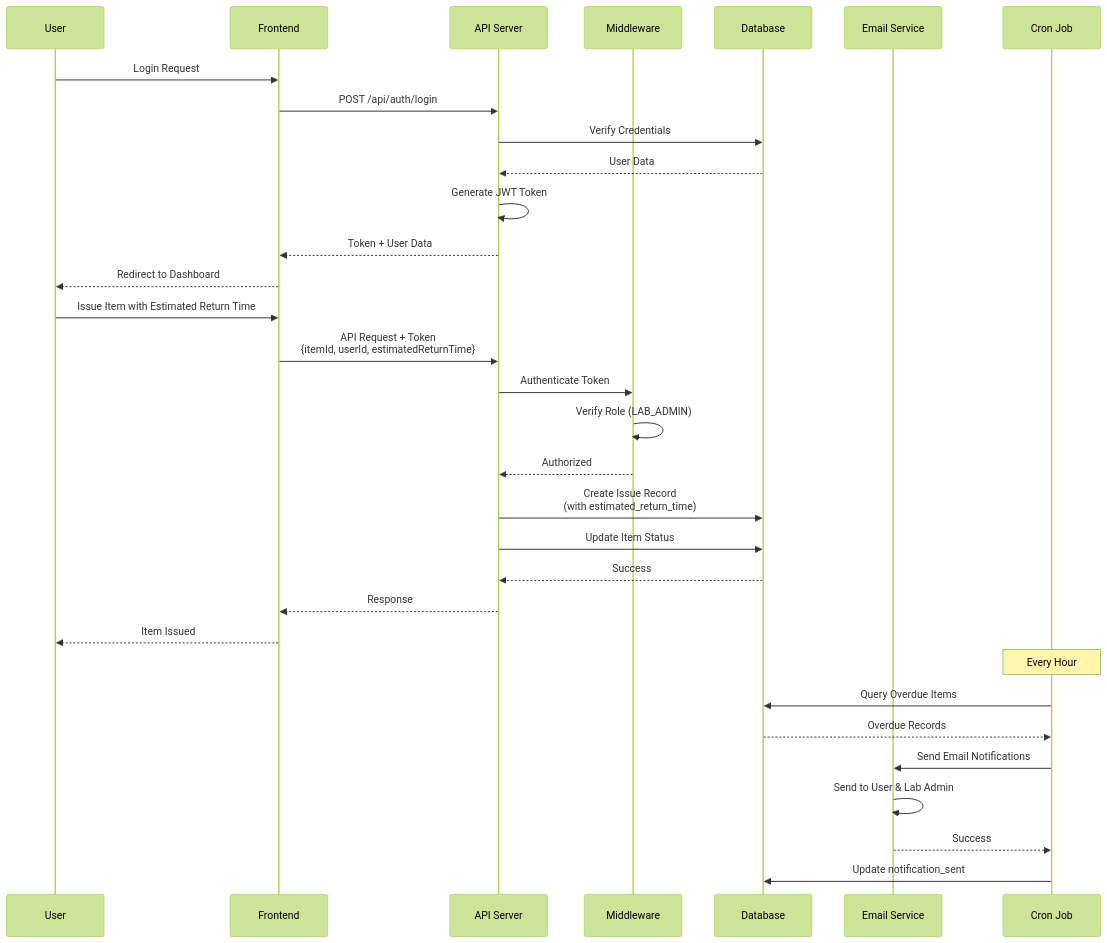
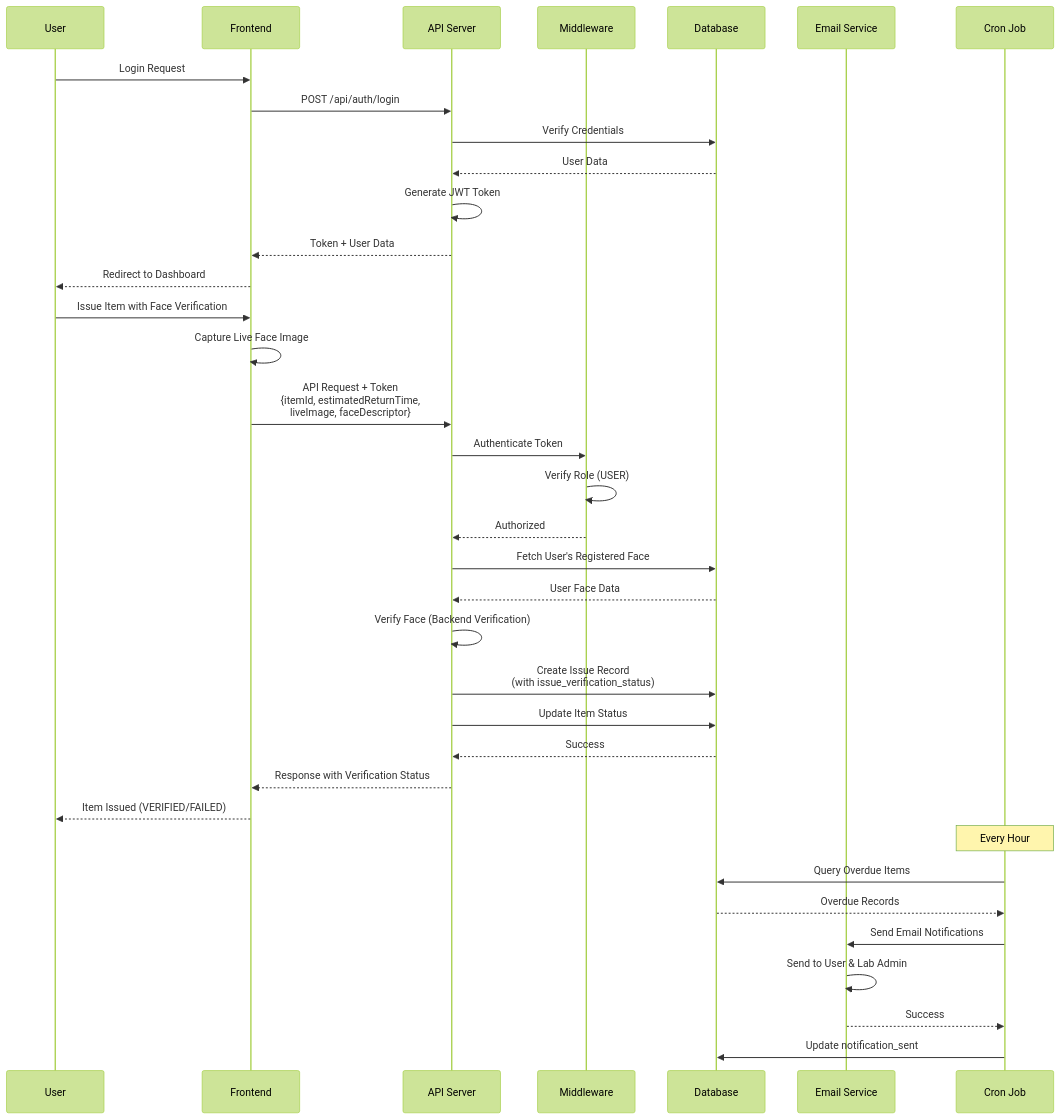
One commit to bejoy-jbt/Laboratory-Items-Issue-Management-System- changed diagram 13 of 18 in docs/DIAGRAMS.md. Above: the diagram before and after it, drawn with Mermaid (forest theme). The commit also changed other lines of this file and 65 other files, not shown here.

````diff
--- a/docs/DIAGRAMS.md
+++ b/docs/DIAGRAMS.md
@@ -571,37 +703,41 @@
 ```mermaid
 sequenceDiagram
     participant U as User
     participant F as Frontend
     participant A as API Server
     participant M as Middleware
     participant D as Database
     participant E as Email Service
     participant C as Cron Job
     
     U->>F: Login Request
     F->>A: POST /api/auth/login
     A->>D: Verify Credentials
     D-->>A: User Data
     A->>A: Generate JWT Token
     A-->>F: Token + User Data
     F-->>U: Redirect to Dashboard
     
-    U->>F: Issue Item with Estimated Return Time
-    F->>A: API Request + Token<br/>{itemId, userId, estimatedReturnTime}
+    U->>F: Issue Item with Face Verification
+    F->>F: Capture Live Face Image
+    F->>A: API Request + Token<br/>{itemId, estimatedReturnTime,<br/>liveImage, faceDescriptor}
     A->>M: Authenticate Token
-    M->>M: Verify Role (LAB_ADMIN)
+    M->>M: Verify Role (USER)
     M-->>A: Authorized
-    A->>D: Create Issue Record<br/>(with estimated_return_time)
+    A->>D: Fetch User's Registered Face
+    D-->>A: User Face Data
+    A->>A: Verify Face (Backend Verification)
+    A->>D: Create Issue Record<br/>(with issue_verification_status)
     A->>D: Update Item Status
     D-->>A: Success
-    A-->>F: Response
-    F-->>U: Item Issued
+    A-->>F: Response with Verification Status
+    F-->>U: Item Issued (VERIFIED/FAILED)
     
     Note over C: Every Hour
     C->>D: Query Overdue Items
     D-->>C: Overdue Records
     C->>E: Send Email Notifications
     E->>E: Send to User & Lab Admin
     E-->>C: Success
     C->>D: Update notification_sent
 ```
````
